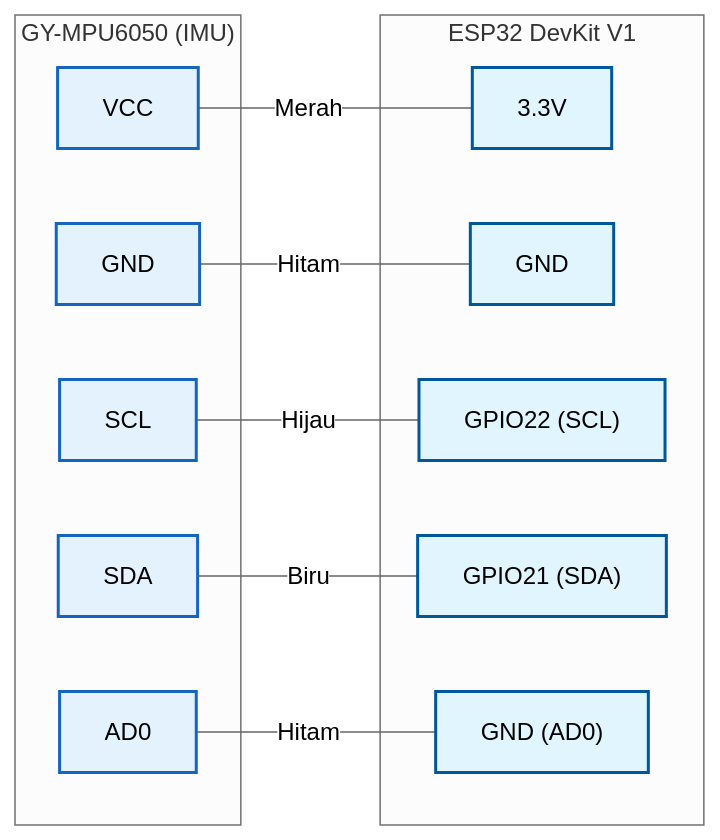
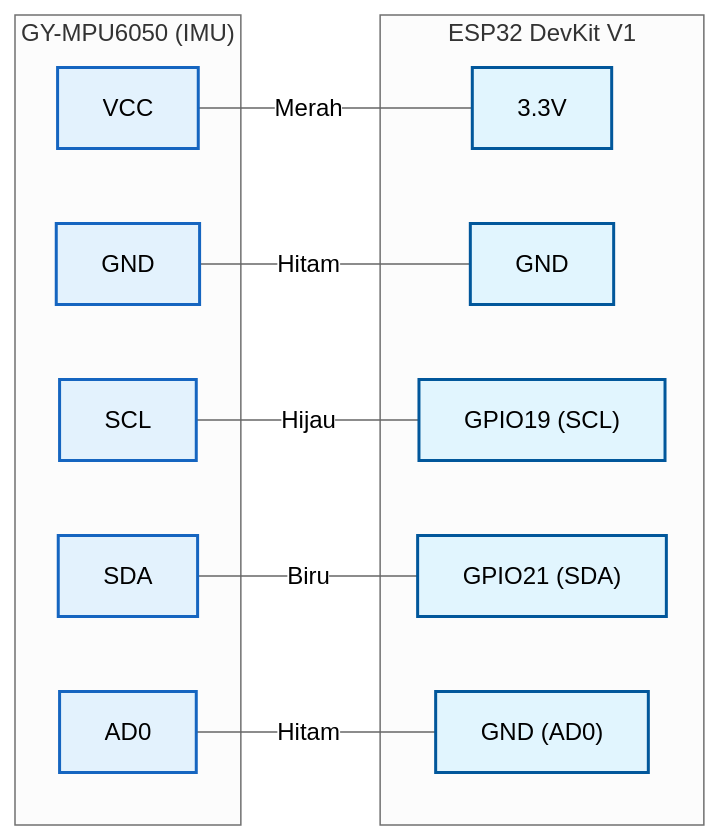
Before and after one commit to aan-andiyanaS/VNetra-Lite: the second of 6 diagrams in firmware-vnetra/wiring-diagram.md, drawn with Mermaid (neutral theme). The commit also changed other lines of this file and 1 other file, not shown here.

Commit message:
chore: Group I2C and LPn pins for ESP32 (SDA=21, SCL=19, LPN=18) to be contiguous with GND

````diff
--- a/firmware-vnetra/wiring-diagram.md
+++ b/firmware-vnetra/wiring-diagram.md
@@ -64,29 +64,29 @@
 ```mermaid
 flowchart LR
     subgraph MPU6050 ["GY-MPU6050 (IMU)"]
         VIN_B["VCC"]
         GND_B["GND"]
         SCL_B["SCL"]
         SDA_B["SDA"]
         AD0_B["AD0"]
     end
 
     subgraph ESP32 ["ESP32 DevKit V1"]
         P3V3["3.3V"]
         GND_E["GND"]
-        G22["GPIO22 (SCL)"]
+        G19["GPIO19 (SCL)"]
         G21["GPIO21 (SDA)"]
         GNDA["GND (AD0)"]
     end
 
     VIN_B ---|Merah| P3V3
     GND_B ---|Hitam| GND_E
-    SCL_B ---|Hijau| G22
+    SCL_B ---|Hijau| G19
     SDA_B ---|Biru| G21
     AD0_B ---|Hitam| GNDA
 
     classDef sensor fill:#e3f2fd,stroke:#1565c0,stroke-width:2px;
     classDef mcu fill:#e1f5fe,stroke:#01579b,stroke-width:2px;
     class VIN_B,GND_B,SCL_B,SDA_B,AD0_B sensor;
-    class P3V3,GND_E,G22,G21,GNDA mcu;
+    class P3V3,GND_E,G19,G21,GNDA mcu;
 ```
````
